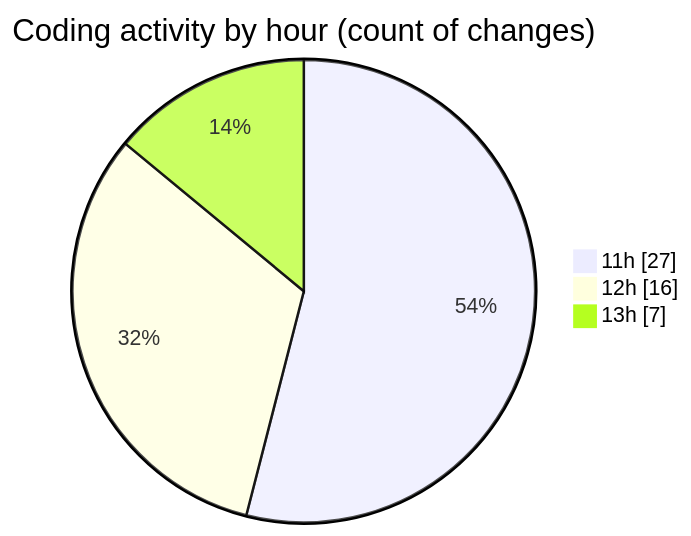
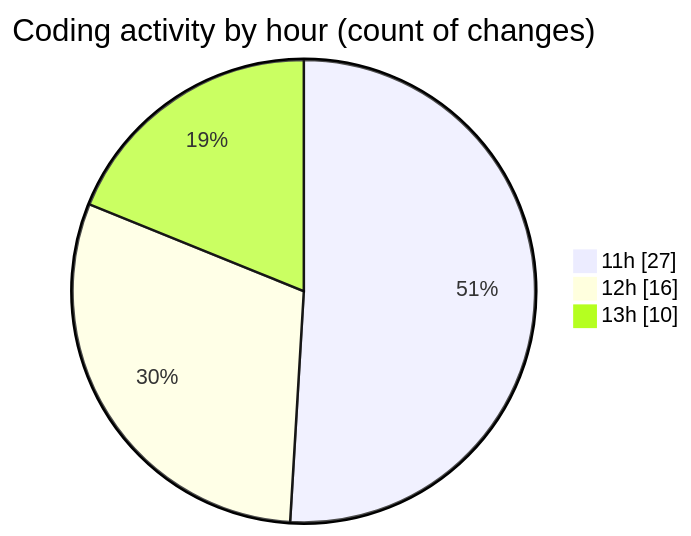
Before and after one commit to MatusMokan/code-tracking: the second of 2 diagrams in 2025-04-18/myws__workspace_/README.md, drawn with Mermaid. The commit also changed other lines of this file and 1 other file, not shown here.

````diff
--- a/2025-04-18/myws__workspace_/README.md
+++ b/2025-04-18/myws__workspace_/README.md
@@ -28,7 +29,7 @@
 ```mermaid
 pie showData
 title Coding activity by hour (count of changes)
 "11h" : 27
 "12h" : 16
-"13h" : 7
+"13h" : 10
 ```
````
